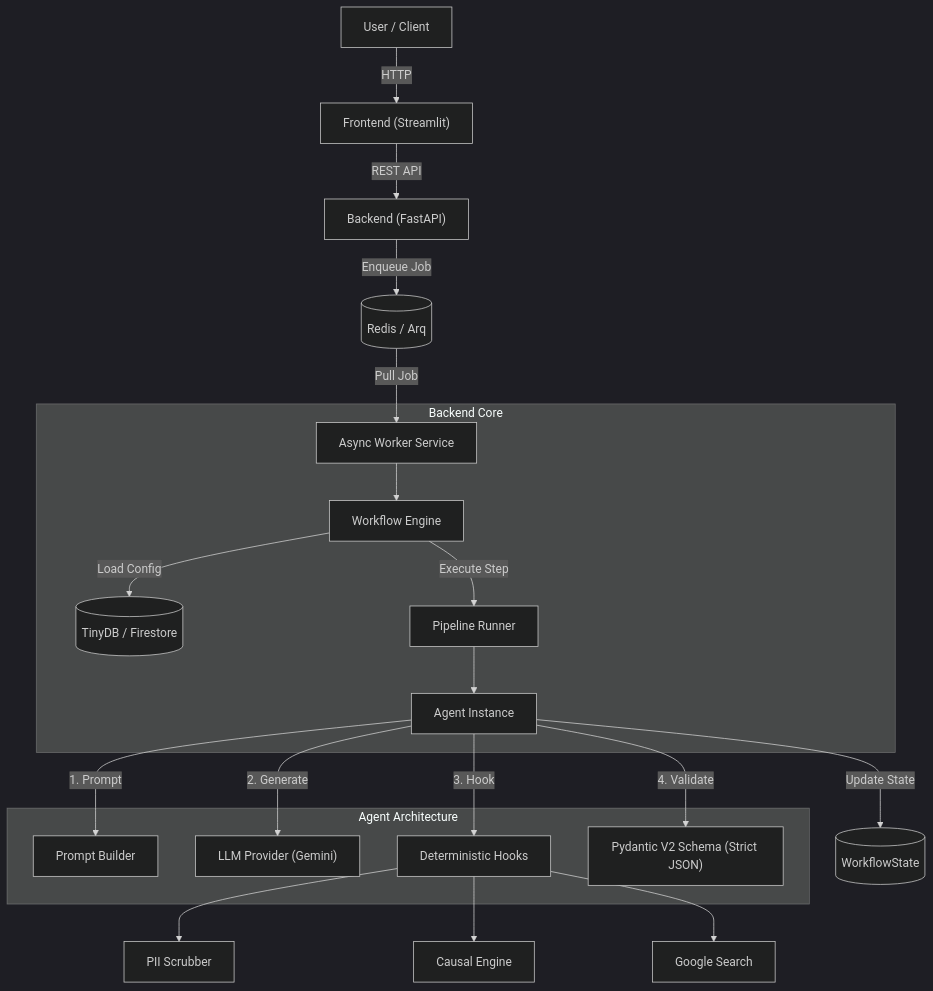
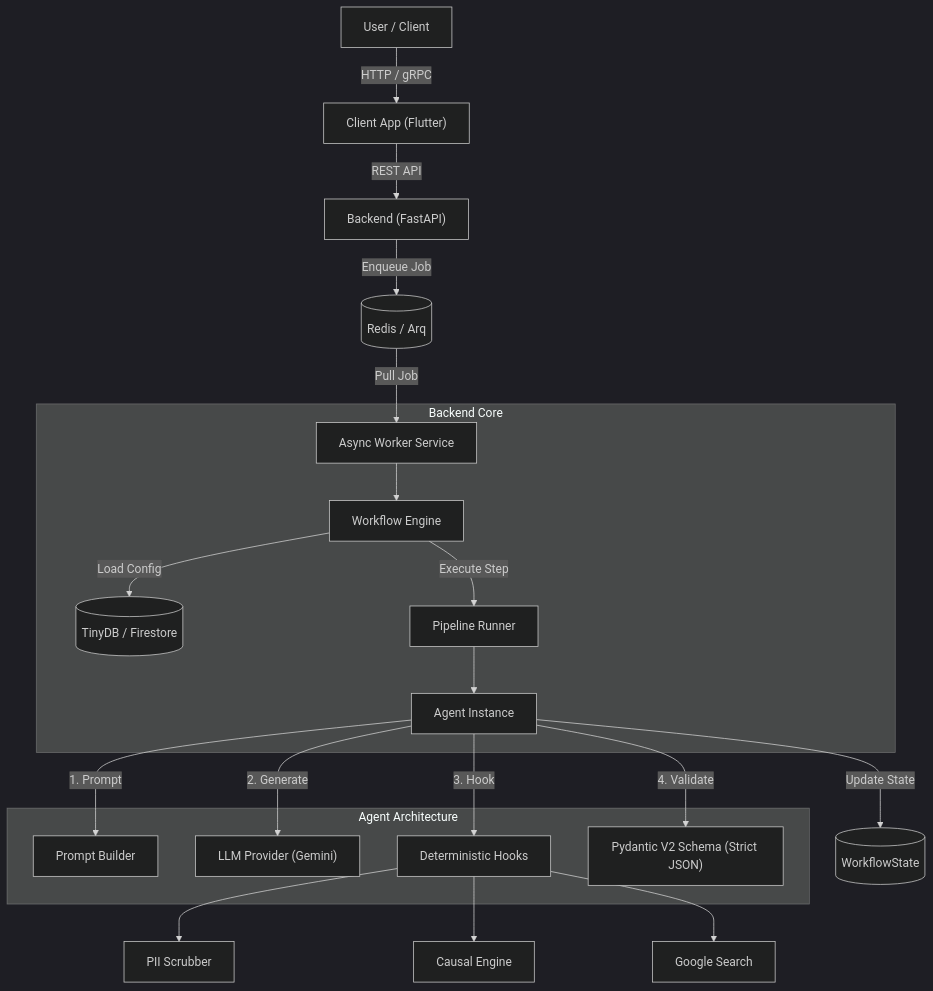
Before and after one commit to launis/quorum: the first of 2 diagrams in docs/architecture.md, drawn with Mermaid (dark theme). The commit also changed other lines of this file and 64 other files, not shown here.

````diff
--- a/docs/architecture.md
+++ b/docs/architecture.md
@@ -7,29 +7,29 @@
 ```mermaid
 graph TD
-    User["User / Client"] -->|HTTP| Streamlit["Frontend (Streamlit)"]
-    Streamlit -->|REST API| Backend["Backend (FastAPI)"]
+    User["User / Client"] -->|HTTP / gRPC| Client["Client App (Flutter)"]
+    Client -->|REST API| Backend["Backend (FastAPI)"]
     
     Backend -->|Enqueue Job| Redis[(Redis / Arq)]
     Redis -->|Pull Job| Worker["Async Worker Service"]
     
     subgraph "Backend Core"
         Worker --> Engine["Workflow Engine"]
         Engine -->|Load Config| DB[("TinyDB / Firestore")]
         Engine -->|Execute Step| Runner["Pipeline Runner"]
         
         Runner --> Agent["Agent Instance"]
     end
     
     subgraph "Agent Architecture"
         Agent -->|1. Prompt| PromptBuilder["Prompt Builder"]
         Agent -->|2. Generate| LLM["LLM Provider (Gemini)"]
         Agent -->|3. Hook| Hooks["Deterministic Hooks"]
         Agent -->|4. Validate| Schema["Pydantic V2 Schema (Strict JSON)"]
     end
     
     Hooks --> PII["PII Scrubber"]
     Hooks --> Causal["Causal Engine"]
     Hooks --> Search["Google Search"]
     
     Agent -->|Update State| State[("WorkflowState")]
 ```
````
